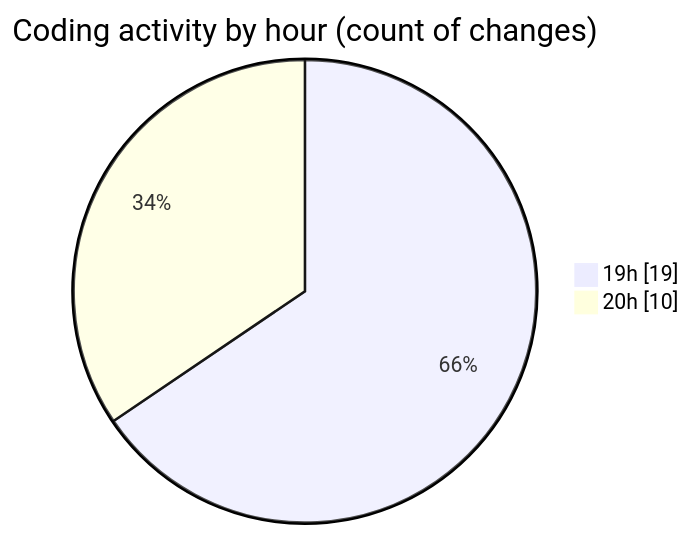
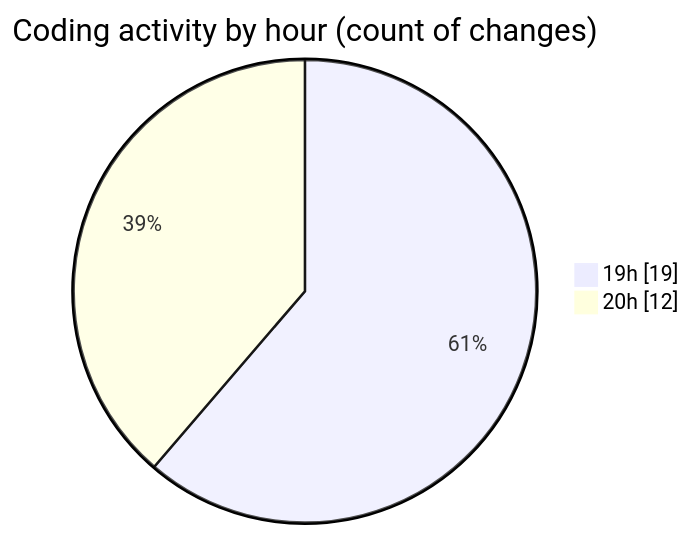
The second of 2 diagrams in 2025-05-12/news-clock-system-caspercg/README.md (momahboobian/code-tracking), drawn with Mermaid before and after one commit. The commit also changed other lines of this file and 1 other file, not shown here.

````diff
--- a/2025-05-12/news-clock-system-caspercg/README.md
+++ b/2025-05-12/news-clock-system-caspercg/README.md
@@ -33,6 +35,6 @@
 ```mermaid
 pie showData
 title Coding activity by hour (count of changes)
 "19h" : 19
-"20h" : 10
+"20h" : 12
 ```
````
